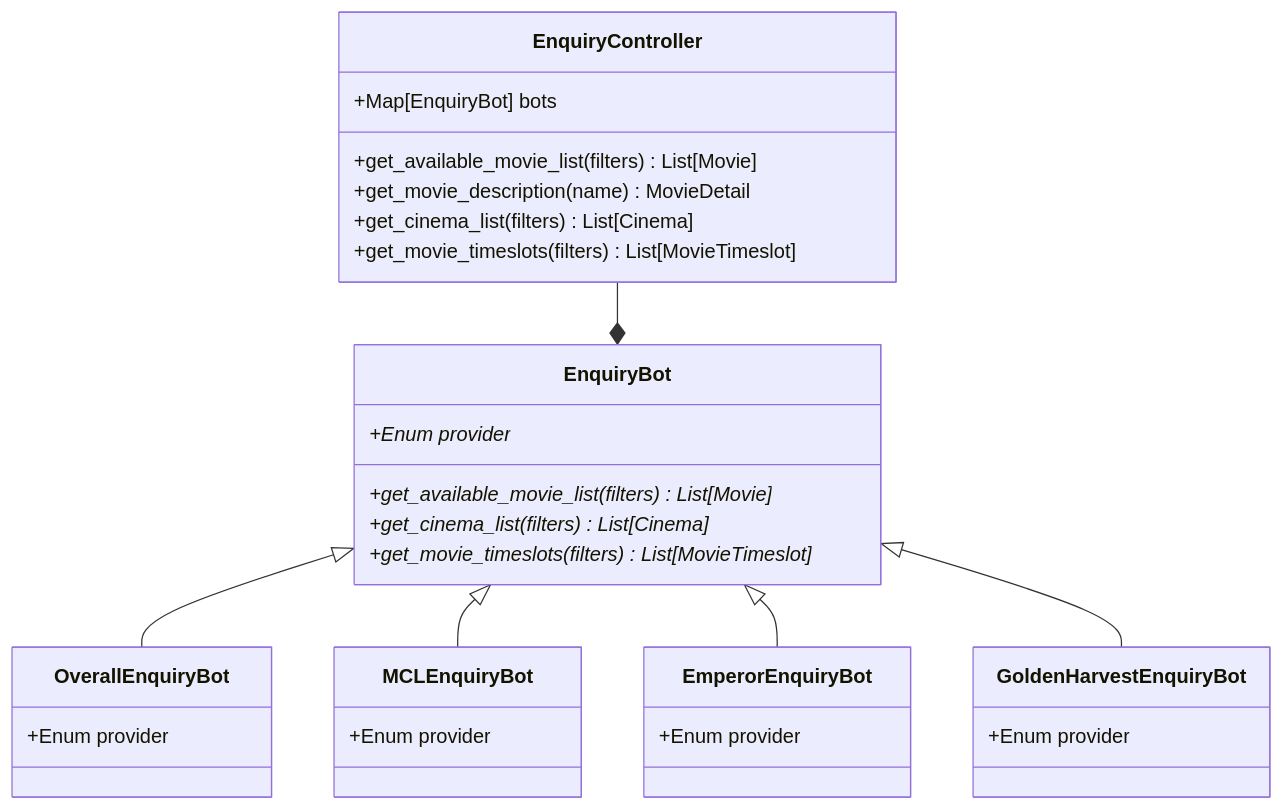
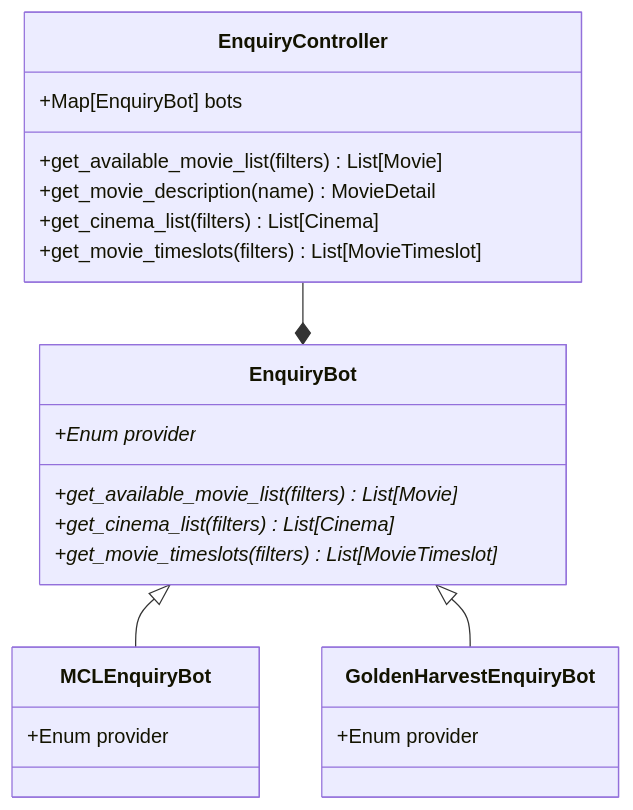
Before and after one commit to eddylau328/movie-ticket-search-engine: the second of 2 diagrams in README.md, drawn with Mermaid. The commit also changed other lines of this file, not shown here.

````diff
--- a/README.md
+++ b/README.md
@@ -93,39 +97,29 @@
 ```mermaid
 classDiagram
     EnquiryController --* EnquiryBot
-    EnquiryBot <|-- OverallEnquiryBot
     EnquiryBot <|-- MCLEnquiryBot
-    EnquiryBot <|-- EmperorEnquiryBot
     EnquiryBot <|-- GoldenHarvestEnquiryBot
 
     class EnquiryController{
         +Map[EnquiryBot] bots
         +get_available_movie_list(filters) List[Movie]
         +get_movie_description(name) MovieDetail
         +get_cinema_list(filters) List[Cinema]
         +get_movie_timeslots(filters) List[MovieTimeslot]
     }
 
     class EnquiryBot{
         +Enum provider*
         +get_available_movie_list(filters)* List[Movie]
         +get_cinema_list(filters)* List[Cinema]
         +get_movie_timeslots(filters)* List[MovieTimeslot]
     }
 
-    class OverallEnquiryBot{
-        +Enum provider
-    }
-
     class MCLEnquiryBot{
-        +Enum provider
-    }
-
-    class EmperorEnquiryBot{
         +Enum provider
     }
 
     class GoldenHarvestEnquiryBot{
         +Enum provider
     }
 ```
````
